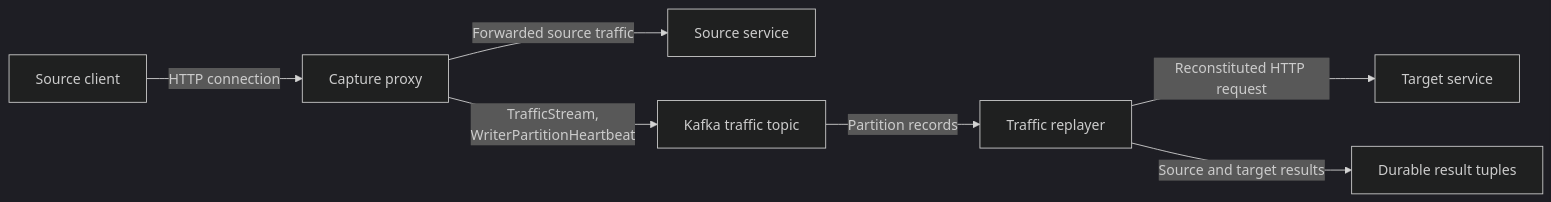
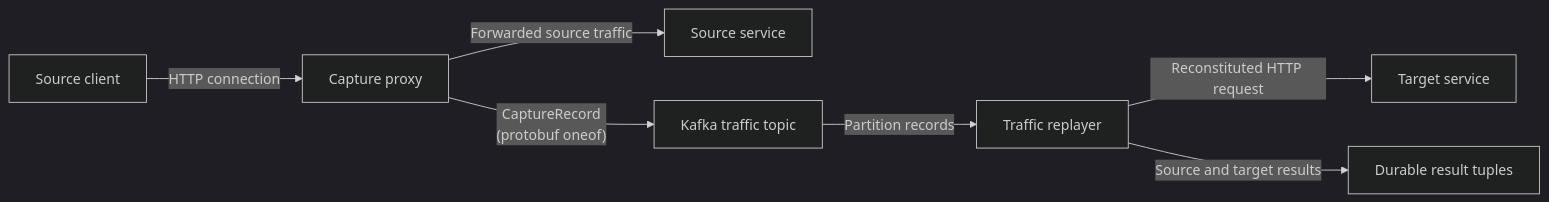
Before and after one commit to opensearch-project/opensearch-migrations: the first of 6 diagrams in docs/captureAndReplayArchitecture.md, drawn with Mermaid (dark theme). The commit also changed other lines of this file and 5 other files, not shown here.

````diff
--- a/docs/captureAndReplayArchitecture.md
+++ b/docs/captureAndReplayArchitecture.md
@@ -77,17 +78,17 @@
 ```mermaid
 flowchart LR
     Client["Source client"]
     Proxy["Capture proxy"]
     Source["Source service"]
     Kafka["Kafka traffic topic"]
     Replayer["Traffic replayer"]
     Target["Target service"]
     Tuples["Durable result tuples"]
 
     Client -->|"HTTP connection"| Proxy
     Proxy -->|"Forwarded source traffic"| Source
-    Proxy -->|"TrafficStream,<br/>WriterPartitionHeartbeat"| Kafka
+    Proxy -->|"CaptureRecord<br/>(protobuf oneof)"| Kafka
     Kafka -->|"Partition records"| Replayer
     Replayer -->|"Reconstituted HTTP request"| Target
     Replayer -->|"Source and target results"| Tuples
 ```
````
